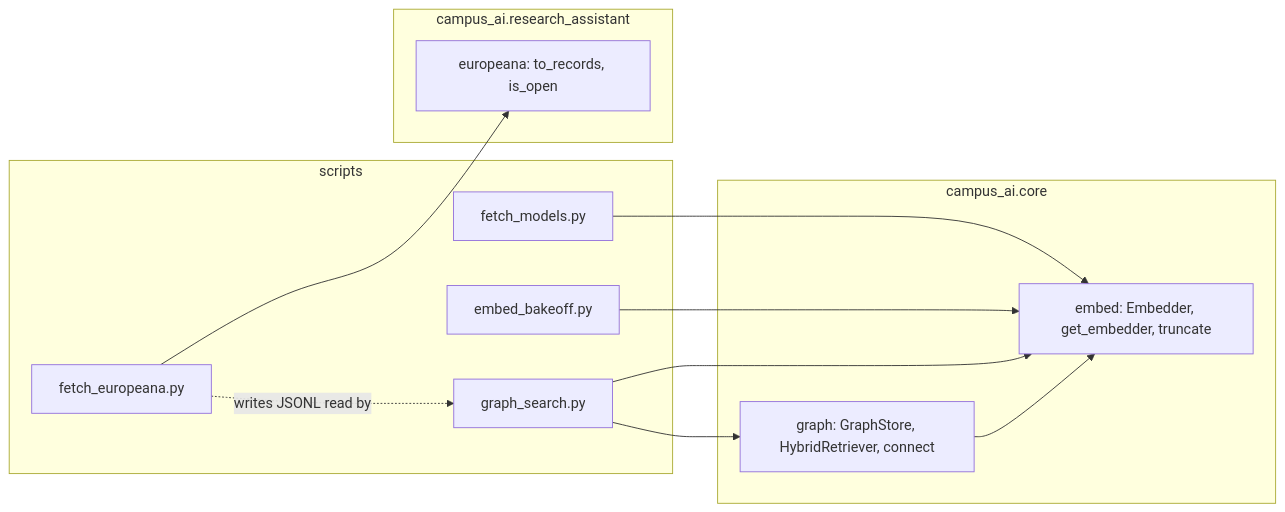
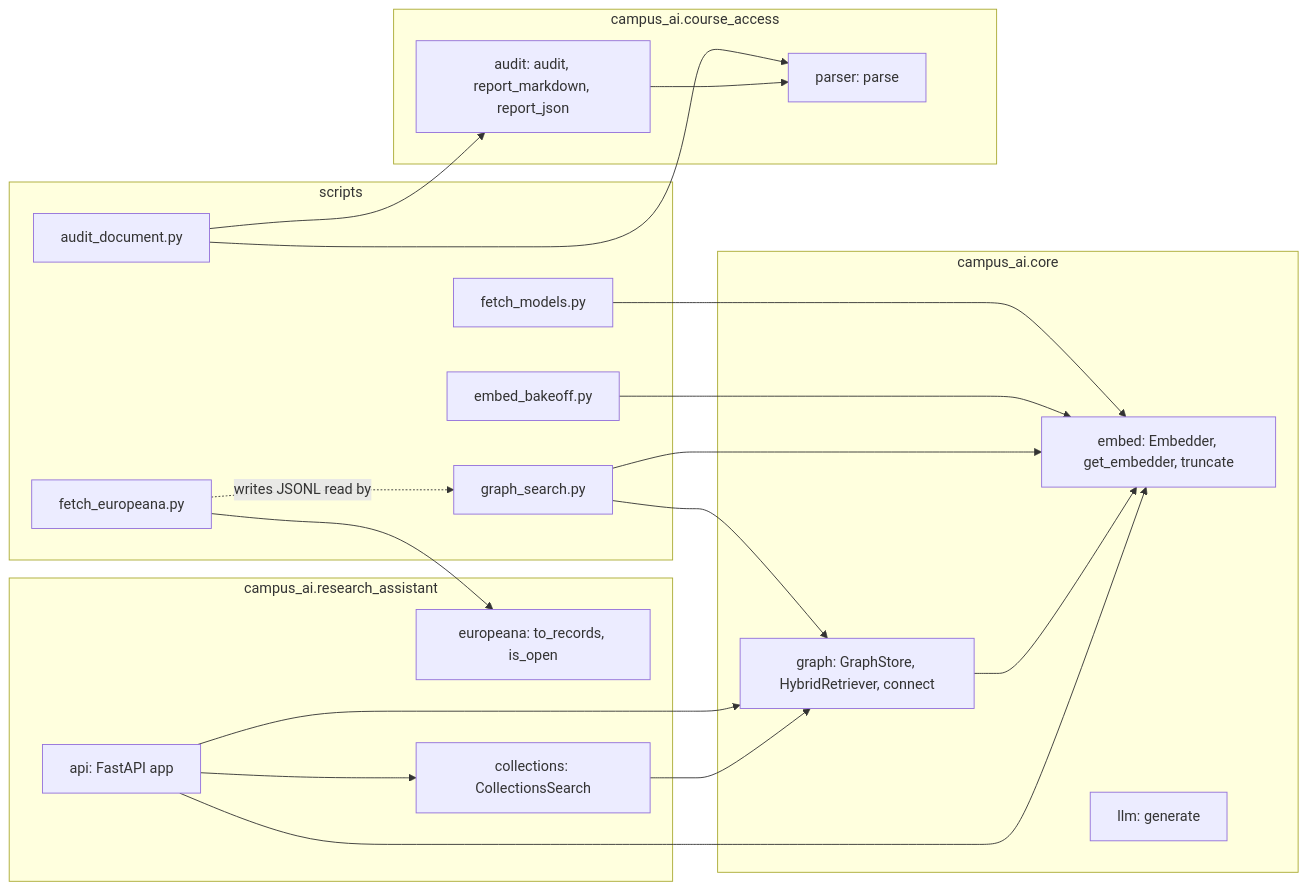
One commit to teamworxAI/campus-ai changed the third of 7 diagrams in docs/architecture.md. Above: the diagram before and after it, drawn with Mermaid. The commit also changed other lines of this file and 8 other files, not shown here.

````diff
--- a/docs/architecture.md
+++ b/docs/architecture.md
@@ -168,23 +189,38 @@
 ```mermaid
 flowchart LR
     subgraph scripts
         FMs[fetch_models.py]
         EB[embed_bakeoff.py]
         GS[graph_search.py]
         FEs[fetch_europeana.py]
+        AD[audit_document.py]
     end
     subgraph core[campus_ai.core]
         E[embed: Embedder, get_embedder, truncate]
         G[graph: GraphStore, HybridRetriever, connect]
+        L[llm: generate]
     end
     subgraph ra[campus_ai.research_assistant]
         EU[europeana: to_records, is_open]
+        CS[collections: CollectionsSearch]
+        API[api: FastAPI app]
+    end
+    subgraph ca[campus_ai.course_access]
+        PA[parser: parse]
+        AU[audit: audit, report_markdown, report_json]
     end
     FMs --> E
     EB --> E
     GS --> E
     GS --> G
     G --> E
     FEs --> EU
     FEs -. writes JSONL read by .-> GS
+    API --> CS
+    API --> E
+    API --> G
+    CS --> G
+    AD --> PA
+    AD --> AU
+    AU --> PA
 ```
````
